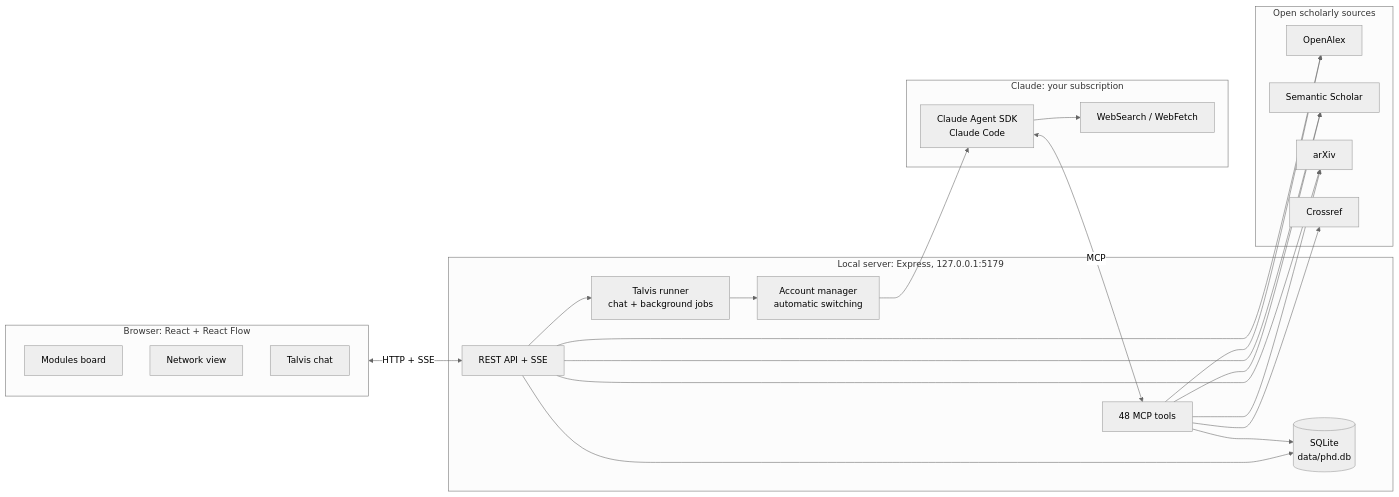
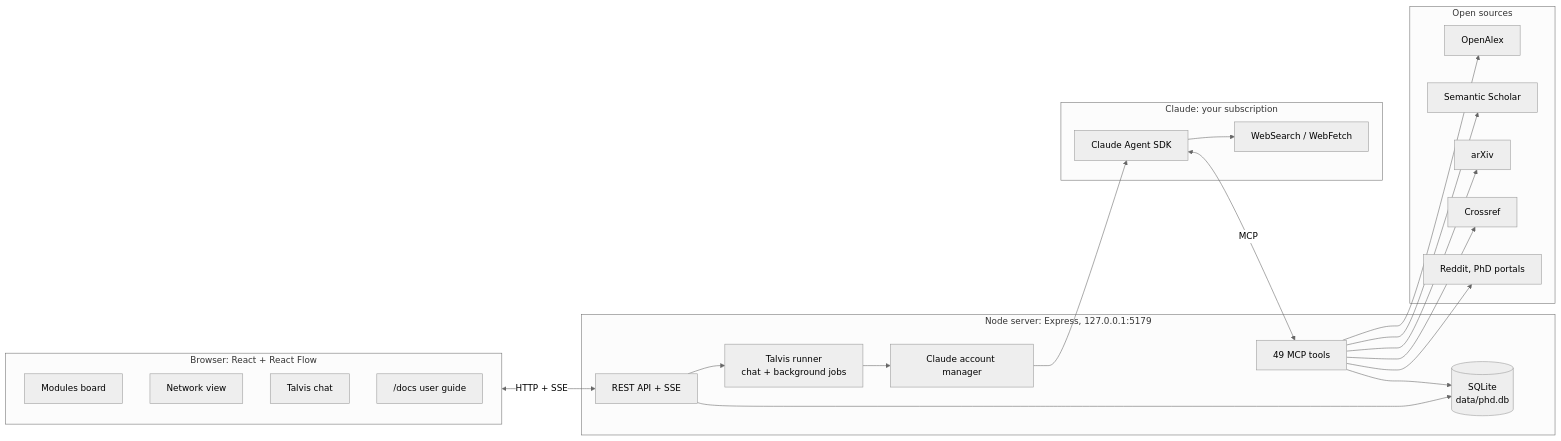
The second of 2 diagrams in README.md (RzayevTaleh01/phd-analyzer), drawn with Mermaid (neutral theme) before and after one commit. The commit also changed other lines of this file and 51 other files, not shown here.

````diff
--- a/README.md
+++ b/README.md
@@ -116,34 +268,34 @@
 ```mermaid
 flowchart LR
   subgraph Browser["Browser: React + React Flow"]
     Board["Modules board"]
     Graph["Network view"]
     Chat["Talvis chat"]
+    Docs["/docs user guide"]
   end
-  subgraph Server["Local server: Express, 127.0.0.1:5179"]
+  subgraph Server["Node server: Express, 127.0.0.1:5179"]
     API["REST API + SSE"]
     DB[("SQLite<br/>data/phd.db")]
     Runner["Talvis runner<br/>chat + background jobs"]
-    Tools["48 MCP tools"]
-    Accounts["Account manager<br/>automatic switching"]
+    Tools["49 MCP tools"]
+    Accounts["Claude account manager"]
   end
   subgraph Claude["Claude: your subscription"]
-    SDK["Claude Agent SDK<br/>Claude Code"]
+    SDK["Claude Agent SDK"]
     Web["WebSearch / WebFetch"]
   end
-  subgraph Sources["Open scholarly sources"]
+  subgraph Sources["Open sources"]
     OA["OpenAlex"]
     S2["Semantic Scholar"]
     AX["arXiv"]
     CR["Crossref"]
+    RD["Reddit, PhD portals"]
   end
   Browser <-->|HTTP + SSE| API
   API --> DB
-  API --> Runner
-  Runner --> Accounts --> SDK
+  API --> Runner --> Accounts --> SDK
   SDK --> Web
   SDK <-->|MCP| Tools
   Tools --> DB
-  Tools --> OA & S2 & AX & CR
-  API --> OA & S2 & AX
+  Tools --> OA & S2 & AX & CR & RD
 ```
````
